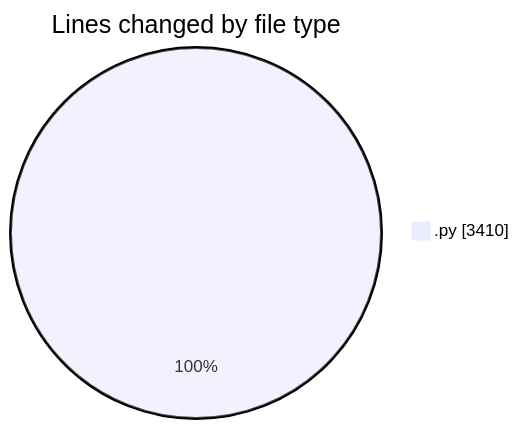
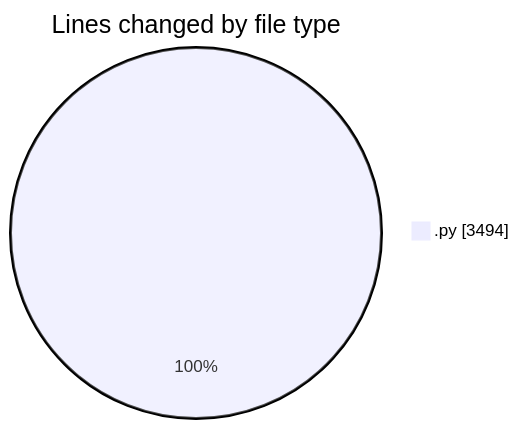
The first of 2 diagrams in 2025-04-12/myws__workspace_/README.md (MatusMokan/code-tracking), drawn with Mermaid before and after one commit. The commit also changed other lines of this file and 1 other file, not shown here.

````diff
--- a/2025-04-12/myws__workspace_/README.md
+++ b/2025-04-12/myws__workspace_/README.md
@@ -24,5 +24,5 @@
 ```mermaid
 pie showData
 title Lines changed by file type
-".py" : 3410
+".py" : 3494
 ```
````
